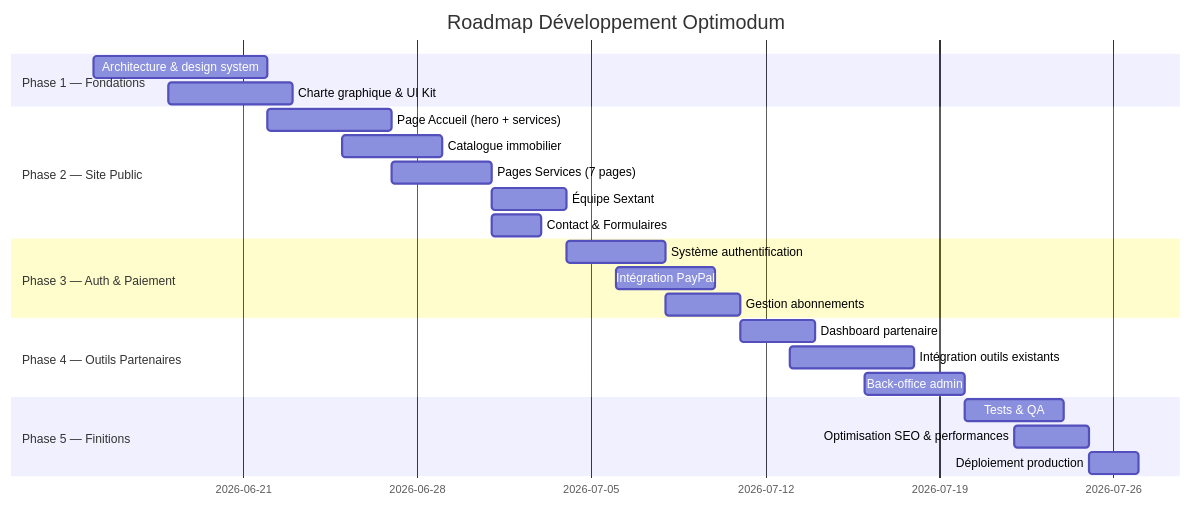
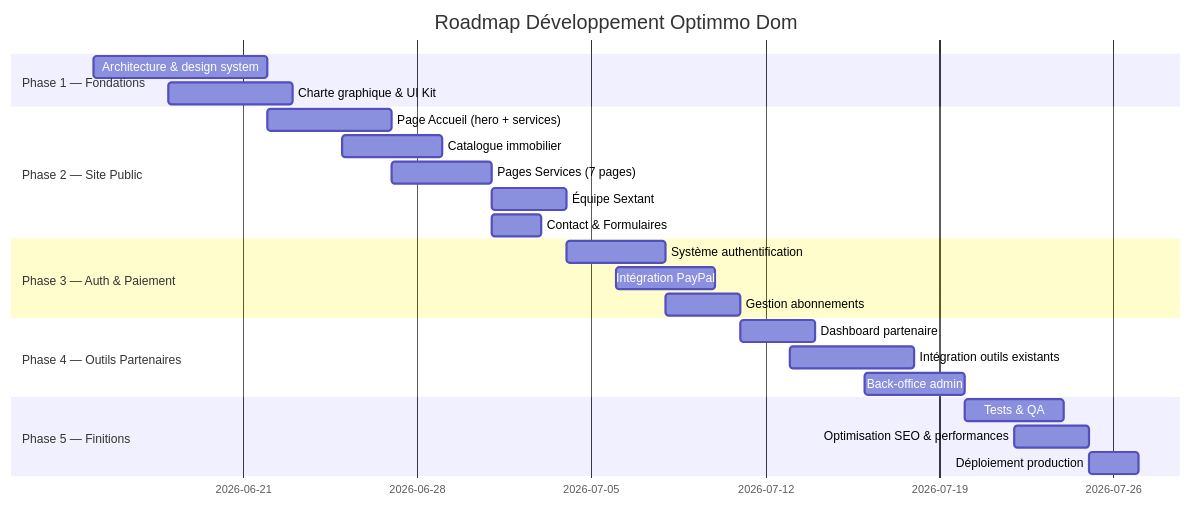
One commit to senegal972/fidi-etude-marche changed the sixth of 6 diagrams in optimodum-website/specs/01_vision_architecture.md. Above: the diagram before and after it, drawn with Mermaid. The commit also changed other lines of this file and 7 other files, not shown here.

First line of the commit message:
fix(optimmo-dom): correction nom société Optimmo Dom + CSS partagé Phase 2

````diff
--- a/optimodum-website/specs/01_vision_architecture.md
+++ b/optimodum-website/specs/01_vision_architecture.md
@@ -278,26 +278,26 @@
 ```mermaid
 gantt
-    title Roadmap Développement Optimodum
+    title Roadmap Développement Optimmo Dom
     dateFormat  YYYY-MM-DD
     section Phase 1 — Fondations
     Architecture & design system    :2026-06-15, 7d
     Charte graphique & UI Kit        :2026-06-18, 5d
     section Phase 2 — Site Public
     Page Accueil (hero + services)   :2026-06-22, 5d
     Catalogue immobilier             :2026-06-25, 4d
     Pages Services (7 pages)         :2026-06-27, 4d
     Équipe Sextant                   :2026-07-01, 3d
     Contact & Formulaires            :2026-07-01, 2d
     section Phase 3 — Auth & Paiement
     Système authentification         :2026-07-04, 4d
     Intégration PayPal               :2026-07-06, 4d
     Gestion abonnements              :2026-07-08, 3d
     section Phase 4 — Outils Partenaires
     Dashboard partenaire             :2026-07-11, 3d
     Intégration outils existants     :2026-07-13, 5d
     Back-office admin                :2026-07-16, 4d
     section Phase 5 — Finitions
     Tests & QA                       :2026-07-20, 4d
     Optimisation SEO & performances  :2026-07-22, 3d
     Déploiement production           :2026-07-25, 2d
 ```
````
